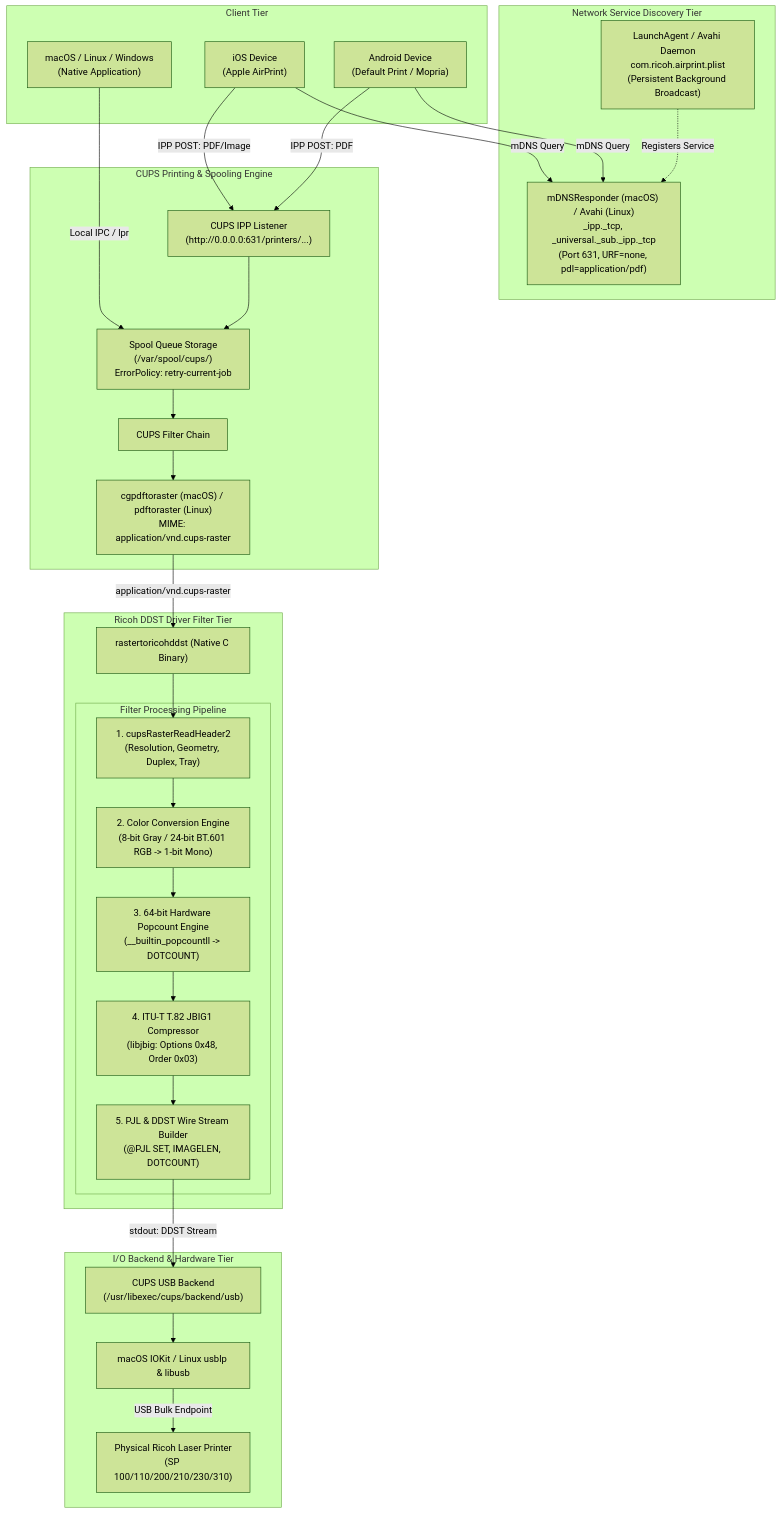
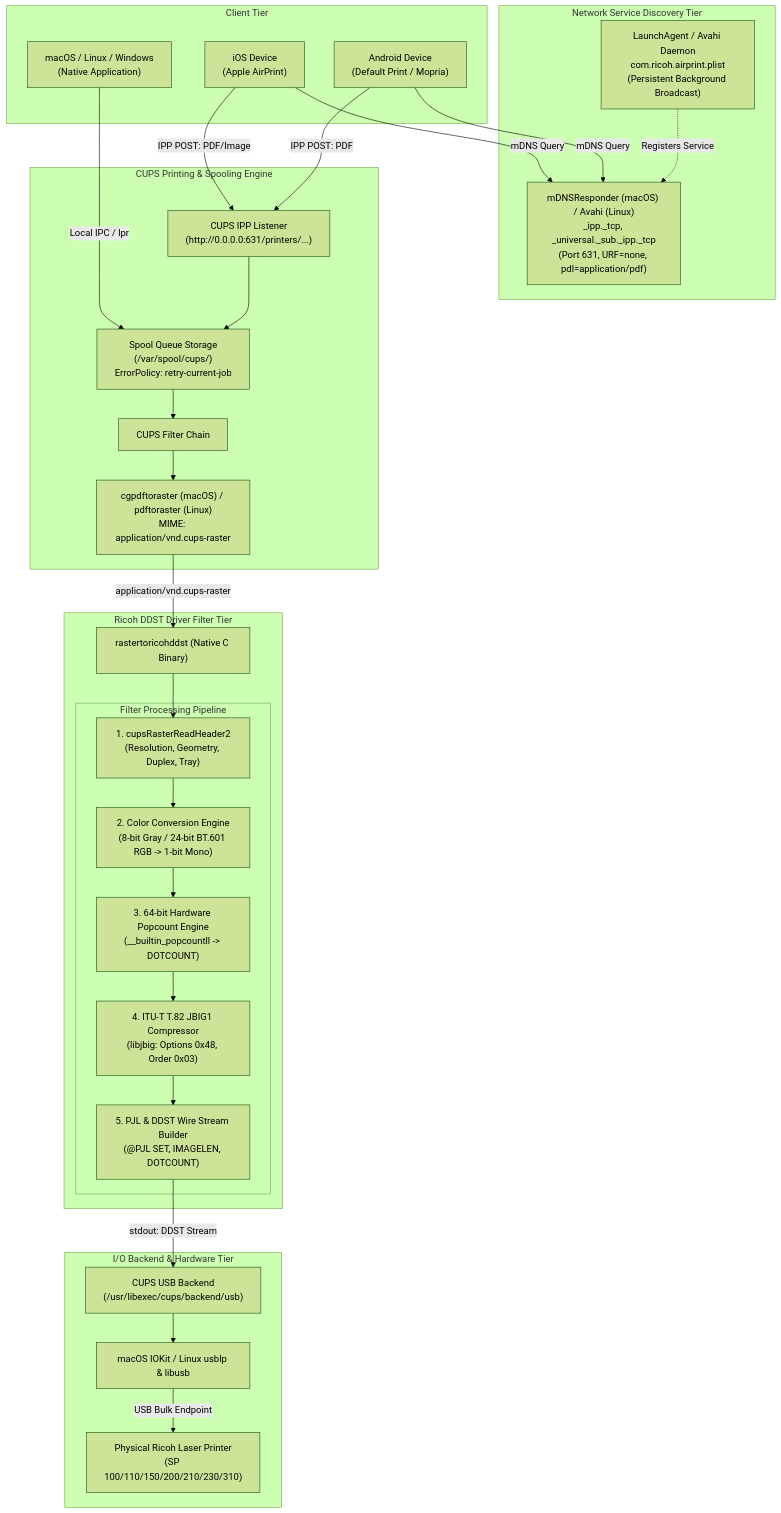
Before and after one commit to ankitsingh99/ricoh-universal-ddst-driver: the first of 2 diagrams in SYSTEM_DESIGN.md, drawn with Mermaid (forest theme). The commit also changed other lines of this file and 21 other files, not shown here.

Commit message:
feat: add native LHPL filter for Ricoh SP 150 series and auto printer model detection

````diff
--- a/SYSTEM_DESIGN.md
+++ b/SYSTEM_DESIGN.md
@@ -17,55 +17,55 @@
 ```mermaid
 flowchart TD
     subgraph Clients["Client Tier"]
         iOS["iOS Device\n(Apple AirPrint)"]
         Android["Android Device\n(Default Print / Mopria)"]
         Desktop["macOS / Linux / Windows\n(Native Application)"]
     end
 
     subgraph Discovery["Network Service Discovery Tier"]
         mDNS["mDNSResponder (macOS) / Avahi (Linux)\n_ipp._tcp, _universal._sub._ipp._tcp\n(Port 631, URF=none, pdl=application/pdf)"]
         LaunchAgent["LaunchAgent / Avahi Daemon\ncom.ricoh.airprint.plist\n(Persistent Background Broadcast)"]
     end
 
     subgraph Spooler["CUPS Printing & Spooling Engine"]
         IPP["CUPS IPP Listener\n(http://0.0.0.0:631/printers/...)"]
         SpoolQueue["Spool Queue Storage\n(/var/spool/cups/)\nErrorPolicy: retry-current-job"]
         FilterPipeline["CUPS Filter Chain"]
         PDFtoRaster["cgpdftoraster (macOS) / pdftoraster (Linux)\nMIME: application/vnd.cups-raster"]
     end
 
     subgraph DriverFilter["Ricoh DDST Driver Filter Tier"]
         CFilter["rastertoricohddst (Native C Binary)"]
         subgraph Pipeline["Filter Processing Pipeline"]
             HdrParse["1. cupsRasterReadHeader2\n(Resolution, Geometry, Duplex, Tray)"]
             ColorConv["2. Color Conversion Engine\n(8-bit Gray / 24-bit BT.601 RGB -> 1-bit Mono)"]
             Popcount["3. 64-bit Hardware Popcount Engine\n(__builtin_popcountll -> DOTCOUNT)"]
             JBIG["4. ITU-T T.82 JBIG1 Compressor\n(libjbig: Options 0x48, Order 0x03)"]
             PJL["5. PJL & DDST Wire Stream Builder\n(@PJL SET, IMAGELEN, DOTCOUNT)"]
         end
     end
 
     subgraph Backend["I/O Backend & Hardware Tier"]
         USBBackend["CUPS USB Backend\n(/usr/libexec/cups/backend/usb)"]
         IOKit["macOS IOKit / Linux usblp & libusb"]
-        Printer["Physical Ricoh Laser Printer\n(SP 100/110/200/210/230/310)"]
+        Printer["Physical Ricoh Laser Printer\n(SP 100/110/150/200/210/230/310)"]
     end
 
     iOS -->|mDNS Query| mDNS
     Android -->|mDNS Query| mDNS
     LaunchAgent -.->|Registers Service| mDNS
 
     iOS -->|IPP POST: PDF/Image| IPP
     Android -->|IPP POST: PDF| IPP
     Desktop -->|Local IPC / lpr| SpoolQueue
 
     IPP --> SpoolQueue
     SpoolQueue --> FilterPipeline
     FilterPipeline --> PDFtoRaster
     PDFtoRaster -->|application/vnd.cups-raster| CFilter
 
     CFilter --> HdrParse --> ColorConv --> Popcount --> JBIG --> PJL
     PJL -->|stdout: DDST Stream| USBBackend
     USBBackend --> IOKit
     IOKit -->|USB Bulk Endpoint| Printer
 ```
````
